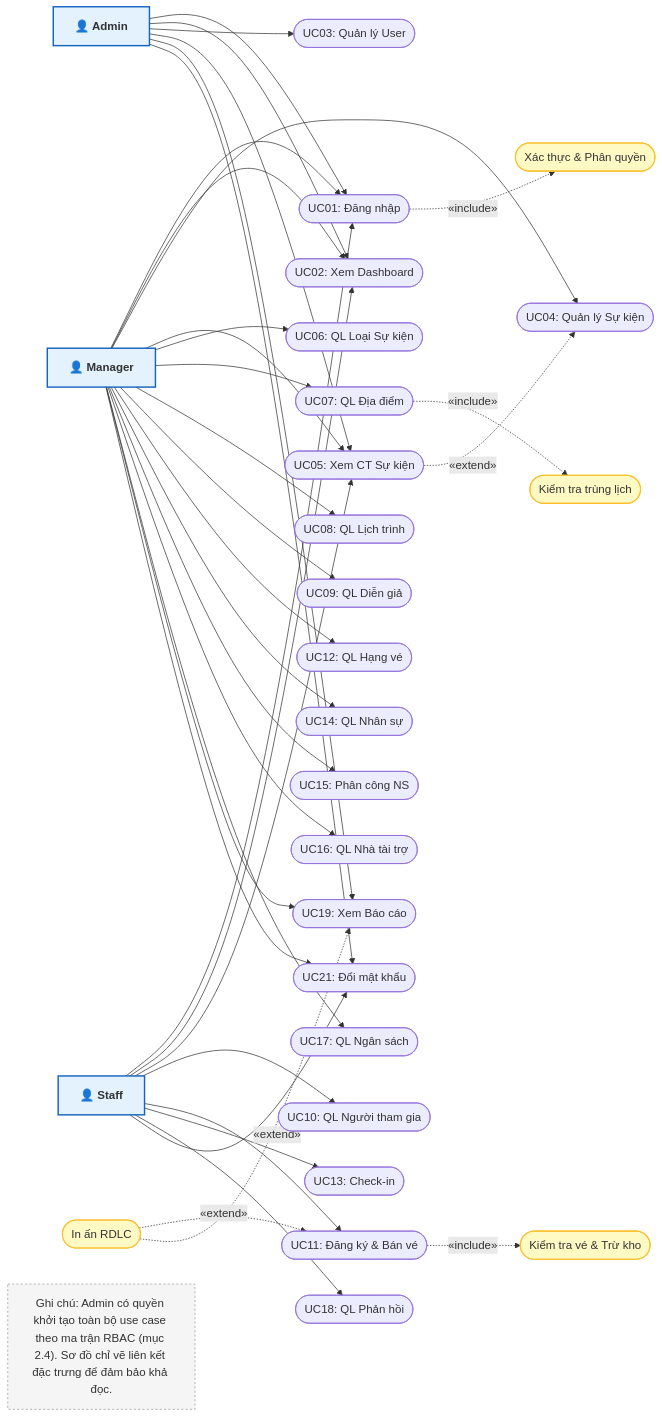
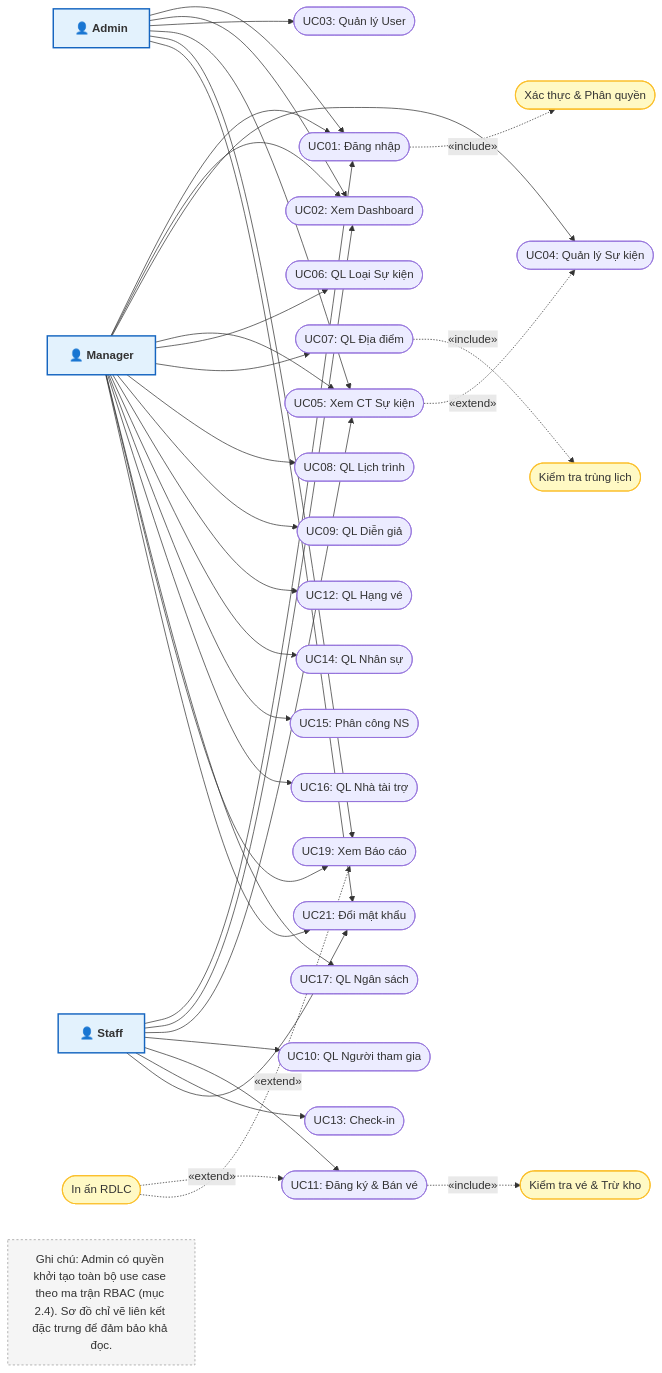
One commit to phattvh/WindowsProgramming_EventManagement changed the diagram in docs/03. Sơ Đồ UseCase.md. Above: the diagram before and after it, drawn with Mermaid. The commit also changed other lines of this file and 17 other files, not shown here.

````diff
--- a/docs/03. Sơ Đồ UseCase.md
+++ b/docs/03. Sơ Đồ UseCase.md
@@ -182,61 +176,60 @@
 ```mermaid
 flowchart LR
 %% ===== DIỄN VIÊN (ACTORS) =====
 A["👤 Admin"]
 M["👤 Manager"]
 S["👤 Staff"]
 
 %% ===== USE CASE (hình stadium giả elip) =====
 UC1(["UC01: Đăng nhập"])
 UC2(["UC02: Xem Dashboard"])
 UC3(["UC03: Quản lý User"])
 UC4(["UC04: Quản lý Sự kiện"])
 UC5(["UC05: Xem CT Sự kiện"])
 UC6(["UC06: QL Loại Sự kiện"])
 UC7(["UC07: QL Địa điểm"])
 UC8(["UC08: QL Lịch trình"])
 UC9(["UC09: QL Diễn giả"])
 UC10(["UC10: QL Người tham gia"])
 UC11(["UC11: Đăng ký & Bán vé"])
 UC12(["UC12: QL Hạng vé"])
 UC13(["UC13: Check-in"])
 UC14(["UC14: QL Nhân sự"])
 UC15(["UC15: Phân công NS"])
 UC16(["UC16: QL Nhà tài trợ"])
 UC17(["UC17: QL Ngân sách"])
-UC18(["UC18: QL Phản hồi"])
 UC19(["UC19: Xem Báo cáo"])
 UC21(["UC21: Đổi mật khẩu"])
 
 %% ===== UC HÀNH VI BÊN TRONG (include/extend) =====
 Auth(["Xác thực & Phân quyền"])
 ChkSched(["Kiểm tra trùng lịch"])
 ChkTic(["Kiểm tra vé & Trừ kho"])
 Print(["In ấn RDLC"])
 
 %% ===== LIÊN KẾT DIỄN VIÊN (mỗi cạnh chỉ vẽ 1 lần) =====
 A --> UC1 & UC2 & UC3 & UC5 & UC19 & UC21
 M --> UC1 & UC2 & UC4 & UC5 & UC6 & UC7 & UC8 & UC9 & UC12 & UC14 & UC15 & UC16 & UC17 & UC19 & UC21
-S --> UC1 & UC2 & UC5 & UC10 & UC11 & UC13 & UC18 & UC21
+S --> UC1 & UC2 & UC5 & UC10 & UC11 & UC13 & UC21
 
 %% ===== INCLUDE (gốc -.-> hành vi bắt buộc) =====
 UC1 -.->|"«include»"| Auth
 UC7 -.->|"«include»"| ChkSched
 UC11 -.->|"«include»"| ChkTic
 
 %% ===== EXTEND (mở rộng -.-> gốc) =====
 UC5 -.->|"«extend»"| UC4
 Print -.->|"«extend»"| UC11
 Print -.->|"«extend»"| UC19
 
 %% ===== ĐỊNH DẠNG & GHI CHÚ =====
 classDef actor fill:#e3f2fd,stroke:#1565c0,stroke-width:2px,font-weight:bold;
 classDef subcase fill:#fff9c4,stroke:#fbc02d,stroke-width:1.5px;
 classDef note fill:#f5f5f5,stroke:#999,stroke-dasharray:3 3;
 
 class A,M,S actor;
 class Auth,ChkSched,ChkTic,Print subcase;
 
 NOTE["Ghi chú: Admin có quyền khởi tạo toàn bộ use case theo ma trận RBAC (mục 2.4). Sơ đồ chỉ vẽ liên kết đặc trưng để đảm bảo khả đọc."]
 class NOTE note;
 ```
````
